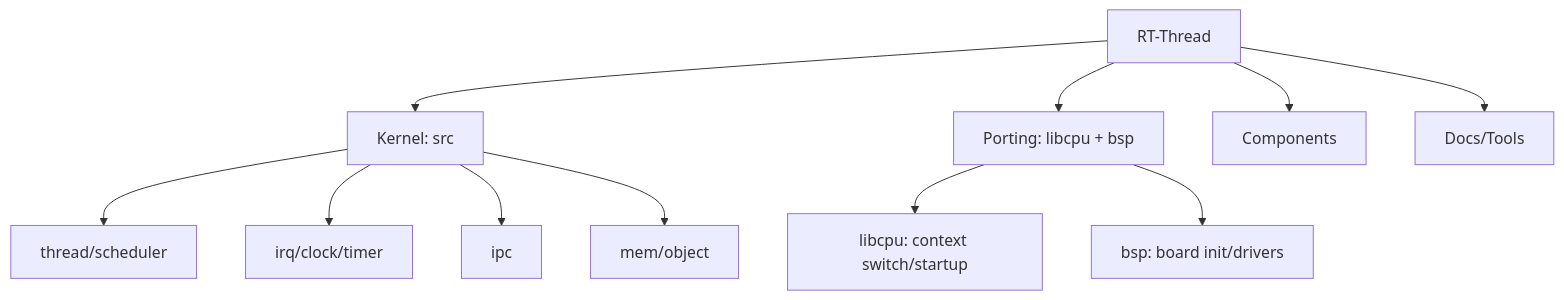
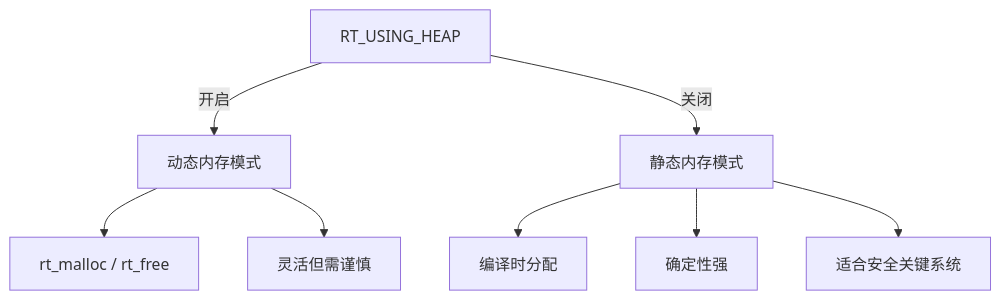
One commit to chengtao-ct/Flushingbondading_Notes changed the third of 13 diagrams in 源码阅读/RT-thread源码阅读/1.总体架构的理解.md. Above: the diagram before and after it, drawn with Mermaid. The commit also changed other lines of this file and 98 other files, not shown here.

````diff
--- a/源码阅读/RT-thread源码阅读/1.总体架构的理解.md
+++ b/源码阅读/RT-thread源码阅读/1.总体架构的理解.md
@@ -146,16 +283,12 @@
 ```mermaid
 graph TD
-A[RT-Thread] --> B[Kernel: src]
-A --> C[Porting: libcpu + bsp]
-A --> D[Components]
-A --> E[Docs/Tools]
-
-B --> B1[thread/scheduler]
-B --> B2[irq/clock/timer]
-B --> B3[ipc]
-B --> B4[mem/object]
-
-C --> C1[libcpu: context switch/startup]
-C --> C2[bsp: board init/drivers]
-
+    A[RT_USING_HEAP] -->|开启| B[动态内存模式]
+    A -->|关闭| C[静态内存模式]
+    
+    B --> D[rt_malloc / rt_free]
+    B --> E[灵活但需谨慎]
+    
+    C --> F[编译时分配]
+    C --> G[确定性强]
+    C --> H[适合安全关键系统]
 ```
````
